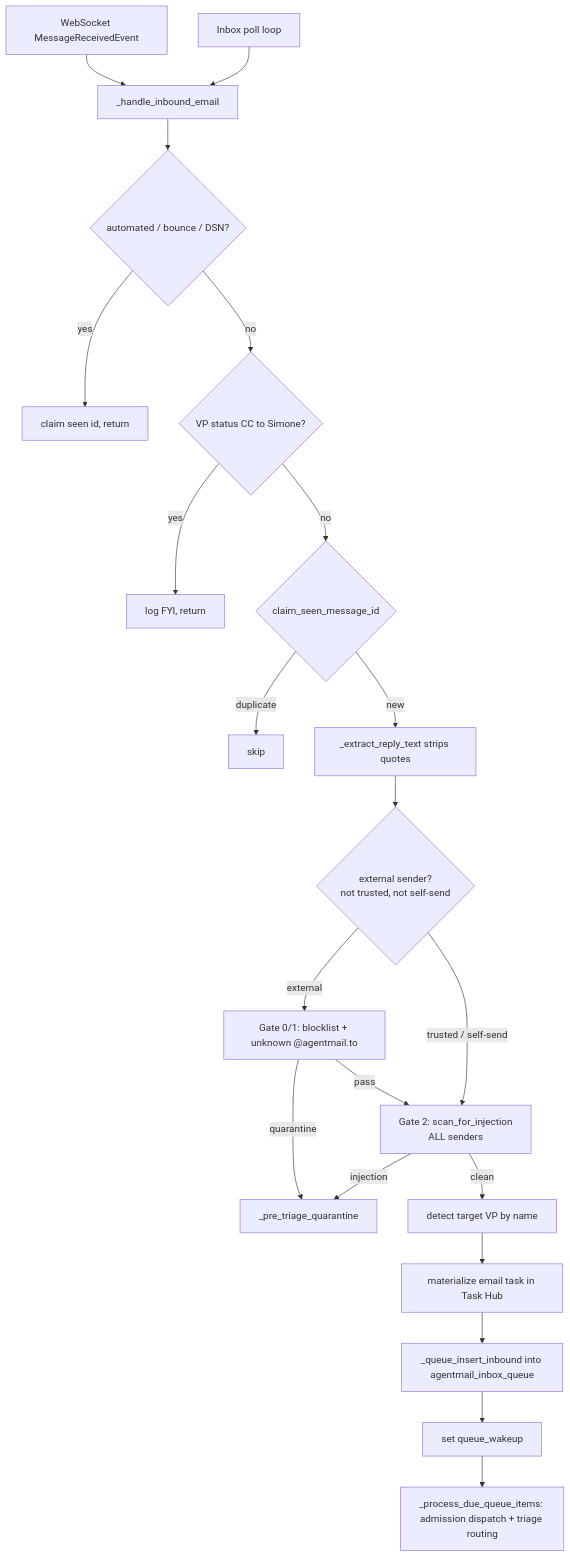
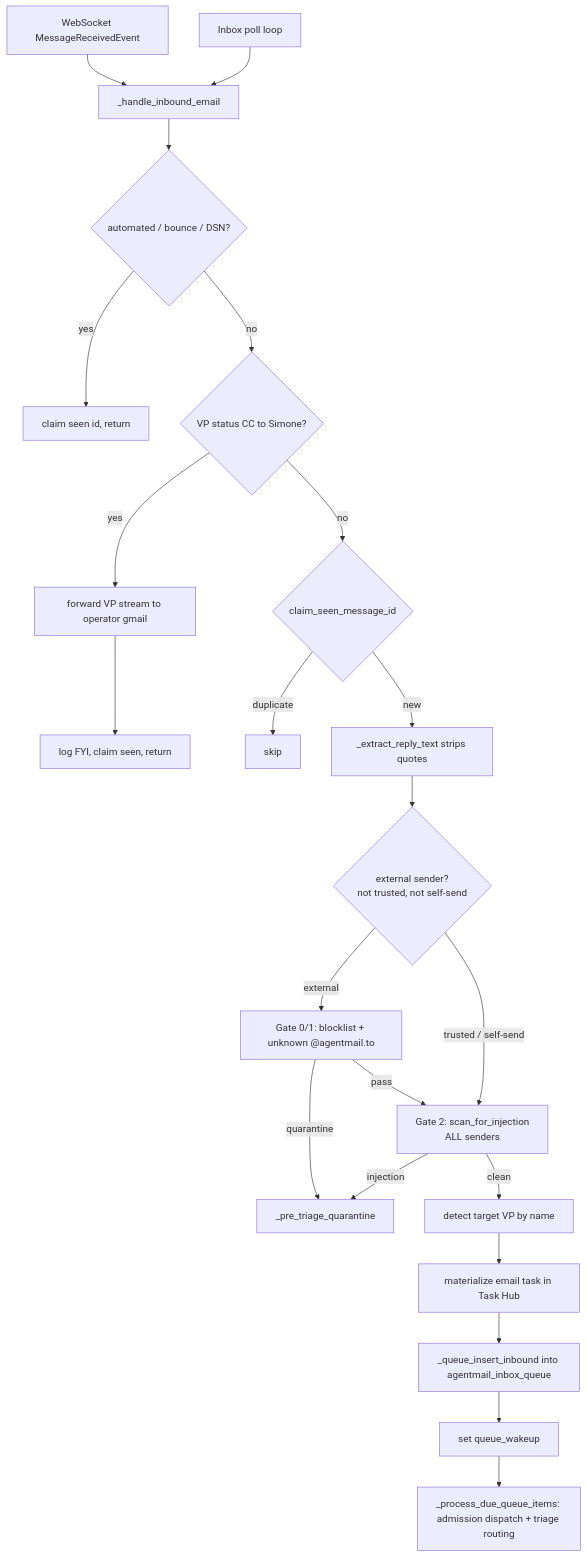
The diagram in project_docs/05_channels/01_email_agentmail.md (Kjdragan/universal_agent), drawn with Mermaid before and after one commit. The commit also changed other lines of this file and 2 other files, not shown here.

````diff
--- a/project_docs/05_channels/01_email_agentmail.md
+++ b/project_docs/05_channels/01_email_agentmail.md
@@ -84,23 +84,24 @@
 ```mermaid
 flowchart TD
     WS[WebSocket MessageReceivedEvent] --> H[_handle_inbound_email]
     POLL[Inbox poll loop] --> H
     H --> AUTO{automated / bounce / DSN?}
     AUTO -- yes --> DROP[claim seen id, return]
     AUTO -- no --> VPCC{VP status CC to Simone?}
-    VPCC -- yes --> DROP2[log FYI, return]
+    VPCC -- yes --> FWD[forward VP stream to operator gmail]
+    FWD --> DROP2[log FYI, claim seen, return]
     VPCC -- no --> SEEN{claim_seen_message_id}
     SEEN -- duplicate --> DROP3[skip]
     SEEN -- new --> EXTRACT[_extract_reply_text strips quotes]
     EXTRACT --> ORIGIN{external sender?<br/>not trusted, not self-send}
     ORIGIN -- external --> G01[Gate 0/1: blocklist + unknown @agentmail.to]
     G01 -- quarantine --> PTQ[_pre_triage_quarantine]
     G01 -- pass --> SCAN[Gate 2: scan_for_injection<br/>ALL senders]
     ORIGIN -- "trusted / self-send" --> SCAN
     SCAN -- injection --> PTQ
     SCAN -- clean --> TGT[detect target VP by name]
     TGT --> MAT[materialize email task in Task Hub]
     MAT --> QUEUE[_queue_insert_inbound into agentmail_inbox_queue]
     QUEUE --> WAKE[set queue_wakeup]
     WAKE --> LOOP[_process_due_queue_items: admission dispatch + triage routing]
 ```
````
